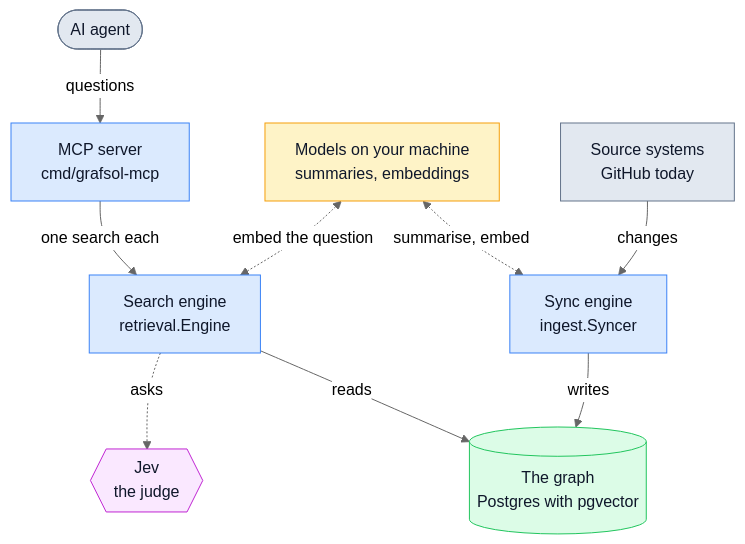
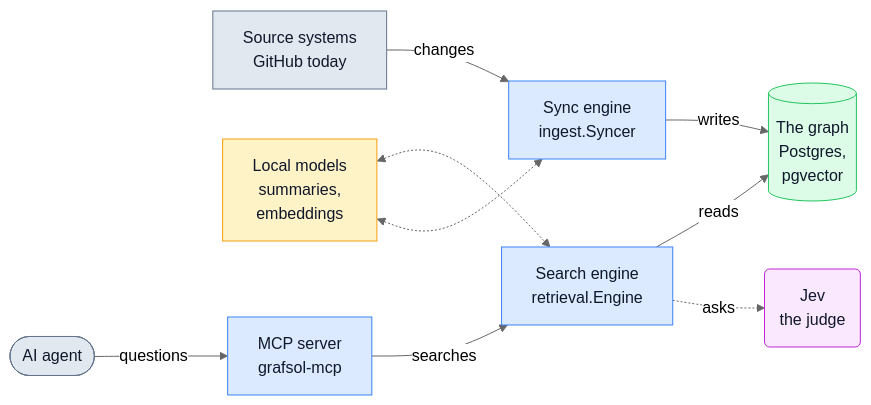
Before and after one commit to umran/grafsol: the first of 7 diagrams in README.md, drawn with Mermaid (neutral theme). The commit also changed other lines of this file, not shown here.

First line of the commit message:
Fit the README's diagrams to GitHub's Mermaid renderer

````diff
--- a/README.md
+++ b/README.md
@@ -40,26 +40,26 @@
 ```mermaid
-flowchart TB
+flowchart LR
     agent(["AI agent"]):::outside
-    mcp["MCP server<br/>cmd/grafsol-mcp"]:::code
-    local["Models on your machine<br/>summaries, embeddings"]:::local
     sources["Source systems<br/>GitHub today"]:::outside
+    local["Local models<br/>summaries,<br/>embeddings"]:::local
+    mcp["MCP server<br/>grafsol-mcp"]:::code
+    syncer["Sync engine<br/>ingest.Syncer"]:::code
     engine["Search engine<br/>retrieval.Engine"]:::code
-    syncer["Sync engine<br/>ingest.Syncer"]:::code
-    jev{{"Jev<br/>the judge"}}:::paid
-    store[("The graph<br/>Postgres with pgvector")]:::data
+    store[("The graph<br/>Postgres,<br/>pgvector")]:::data
+    jev("Jev<br/>the judge"):::paid
 
     agent -- "questions" --> mcp
-    mcp -- "one search each" --> engine
+    mcp -- "searches" --> engine
+    engine -- "reads" --> store
+    engine -. "asks" .-> jev
     sources -- "changes" --> syncer
-    local <-. "embed the question" .-> engine
-    local <-. "summarise, embed" .-> syncer
-    engine -. "asks" .-> jev
-    engine -- "reads" --> store
     syncer -- "writes" --> store
+    local <-.-> engine
+    local <-.-> syncer
 
     classDef outside fill:#e2e8f0,stroke:#64748b,color:#0f172a
     classDef code fill:#dbeafe,stroke:#3b82f6,color:#0f172a
     classDef data fill:#dcfce7,stroke:#22c55e,color:#0f172a
     classDef local fill:#fef3c7,stroke:#f59e0b,color:#0f172a
     classDef paid fill:#fae8ff,stroke:#c026d3,color:#0f172a
 ```
````
